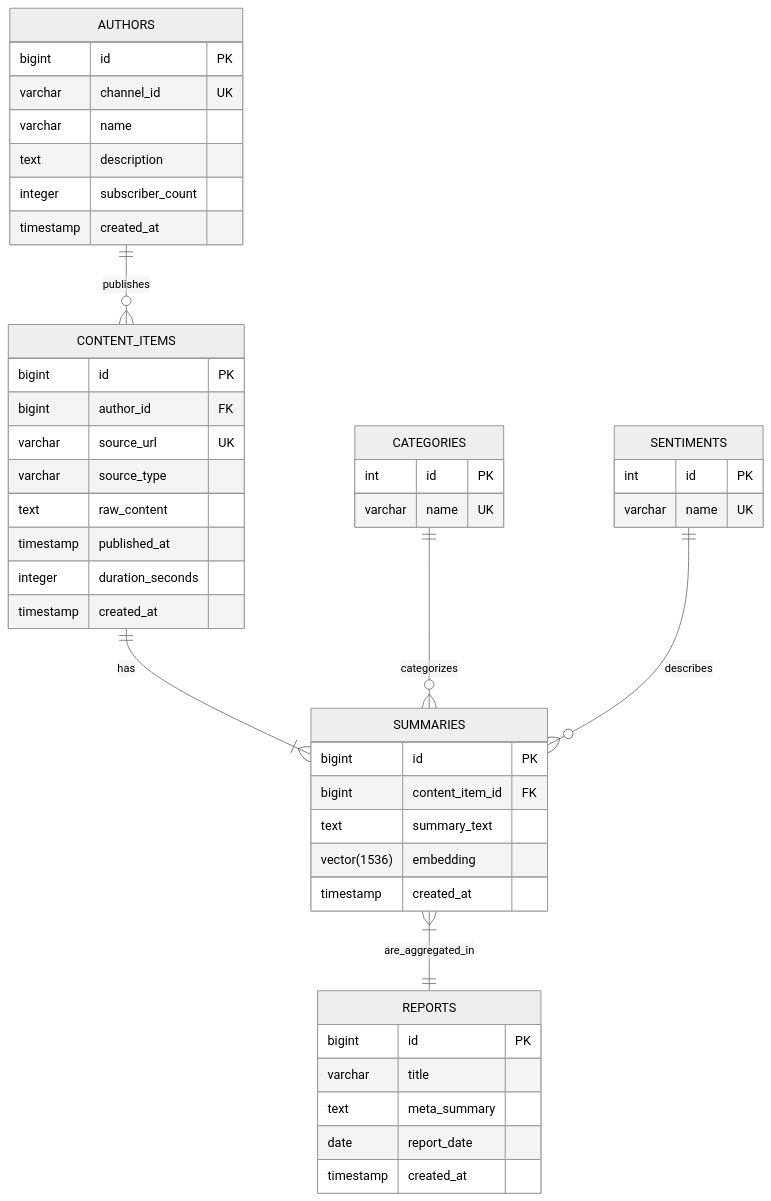
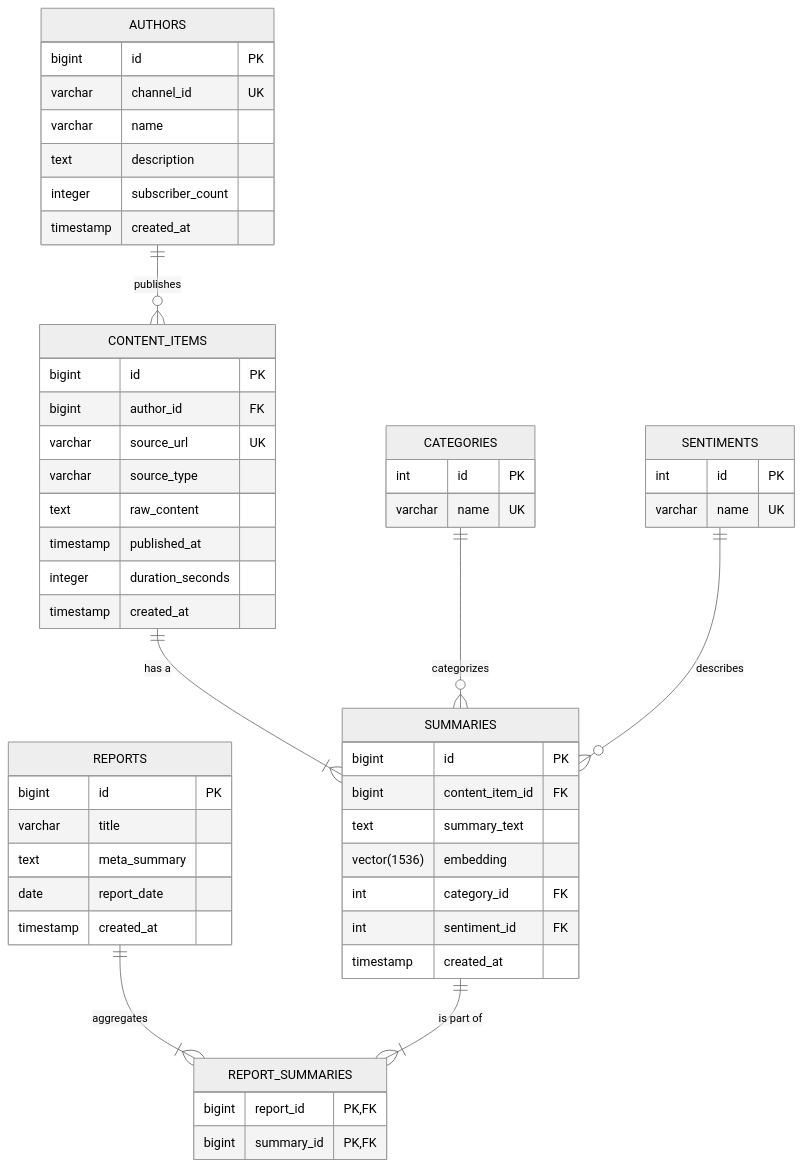
Before and after one commit to sjuresa/povzetkar: the diagram in src/main/docs/sdlc/04_database_design.md, drawn with Mermaid (neutral theme). The commit also changed 2 other files, not shown here.

````diff
--- a/src/main/docs/sdlc/04_database_design.md
+++ b/src/main/docs/sdlc/04_database_design.md
@@ -14,54 +14,62 @@
 ```mermaid
 erDiagram
     AUTHORS ||--o{ CONTENT_ITEMS : "publishes"
-    CONTENT_ITEMS ||--|{ SUMMARIES : "has"
-    SUMMARIES }|--|| REPORTS : "are_aggregated_in"
+    CONTENT_ITEMS ||--|{ SUMMARIES : "has a"
     CATEGORIES ||--o{ SUMMARIES : "categorizes"
     SENTIMENTS ||--o{ SUMMARIES : "describes"
+    REPORTS ||--|{ REPORT_SUMMARIES : "aggregates"
+    SUMMARIES ||--|{ REPORT_SUMMARIES : "is part of"
 
     AUTHORS {
         bigint id PK
         varchar channel_id UK
         varchar name
         text description
         integer subscriber_count
         timestamp created_at
     }
 
     CONTENT_ITEMS {
         bigint id PK
         bigint author_id FK
         varchar source_url UK
         varchar source_type
         text raw_content
         timestamp published_at
         integer duration_seconds
         timestamp created_at
     }
 
     SUMMARIES {
         bigint id PK
         bigint content_item_id FK
         text summary_text
         vector(1536) embedding
+        int category_id FK
+        int sentiment_id FK
         timestamp created_at
     }
     
     REPORTS {
         bigint id PK
         varchar title
         text meta_summary
         date report_date
         timestamp created_at
     }
     
     CATEGORIES {
         int id PK
         varchar name UK
     }
+
+    REPORT_SUMMARIES {
+        bigint report_id PK, FK
+        bigint summary_id PK, FK
+    }
     
     SENTIMENTS {
         int id PK
         varchar name UK
     }
 ```
````
